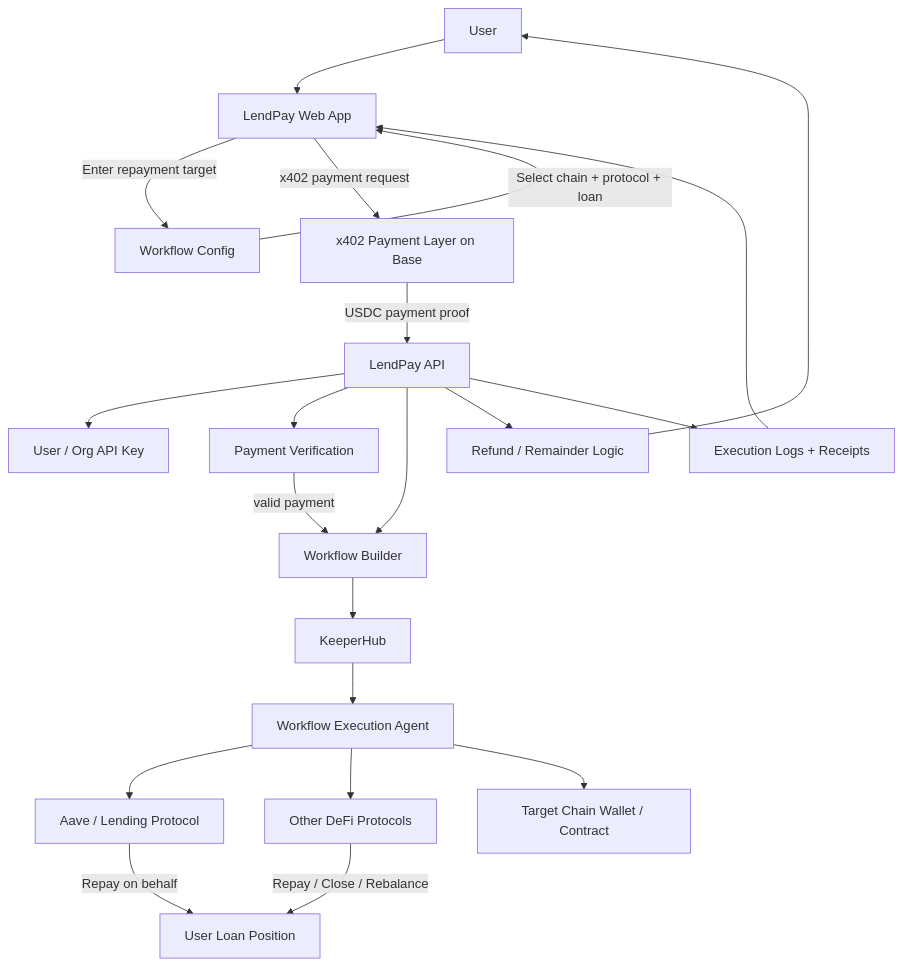
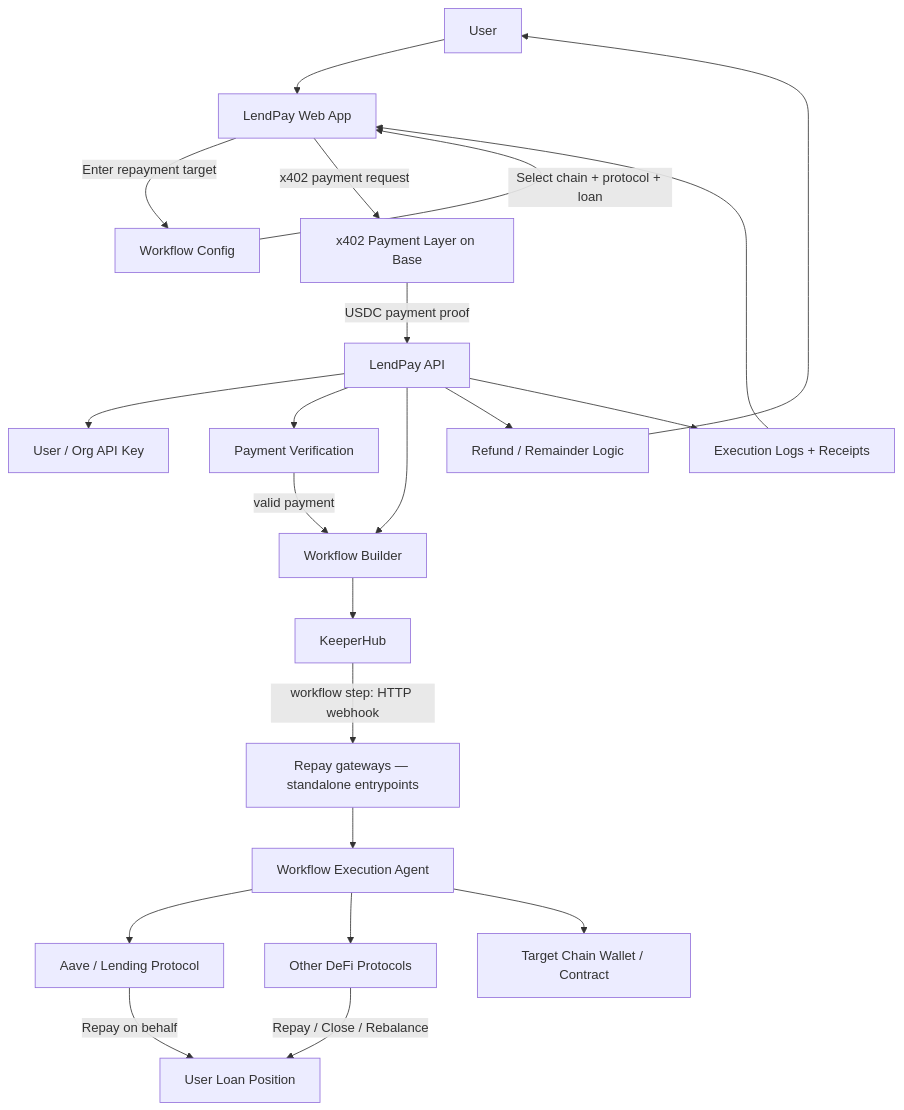
The diagram in README.md (temptemp3/ETHGlobal2026OpenAgent), drawn with Mermaid before and after one commit. The commit also changed other lines of this file, not shown here.

Commit message:
docs(README): gateway architecture, GitHub log for 04-30, reorder hackathon log

````diff
--- a/README.md
+++ b/README.md
@@ -21,32 +22,33 @@
 ```mermaid
 flowchart TD
   U[User] --> UI[LendPay Web App]
 
   UI -->|Enter repayment target| CFG[Workflow Config]
   CFG -->|Select chain + protocol + loan| UI
 
   UI -->|x402 payment request| X402[x402 Payment Layer on Base]
   X402 -->|USDC payment proof| API[LendPay API]
 
   API --> AUTH[User / Org API Key]
   API --> PAY[Payment Verification]
   API --> WF[Workflow Builder]
 
   PAY -->|valid payment| WF
   WF --> KH[KeeperHub]
 
-  KH --> EXEC[Workflow Execution Agent]
+  KH -->|workflow step: HTTP webhook| GW[Repay gateways — standalone entrypoints]
+  GW --> EXEC[Workflow Execution Agent]
 
   EXEC --> AAVE[Aave / Lending Protocol]
   EXEC --> OTHER[Other DeFi Protocols]
   EXEC --> DEST[Target Chain Wallet / Contract]
 
   AAVE -->|Repay on behalf| LOAN[User Loan Position]
   OTHER -->|Repay / Close / Rebalance| LOAN
 
   API --> REFUND[Refund / Remainder Logic]
   REFUND --> U
 
   API --> LOGS[Execution Logs + Receipts]
   LOGS --> UI
 ```
````
